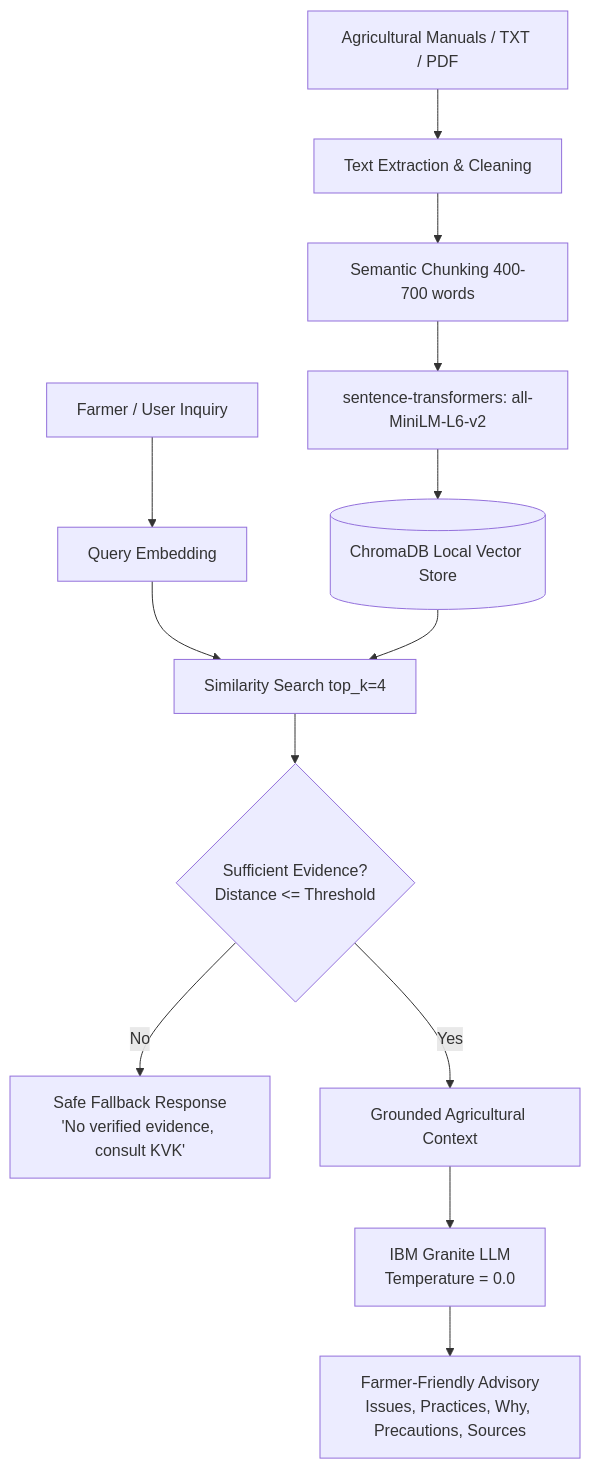
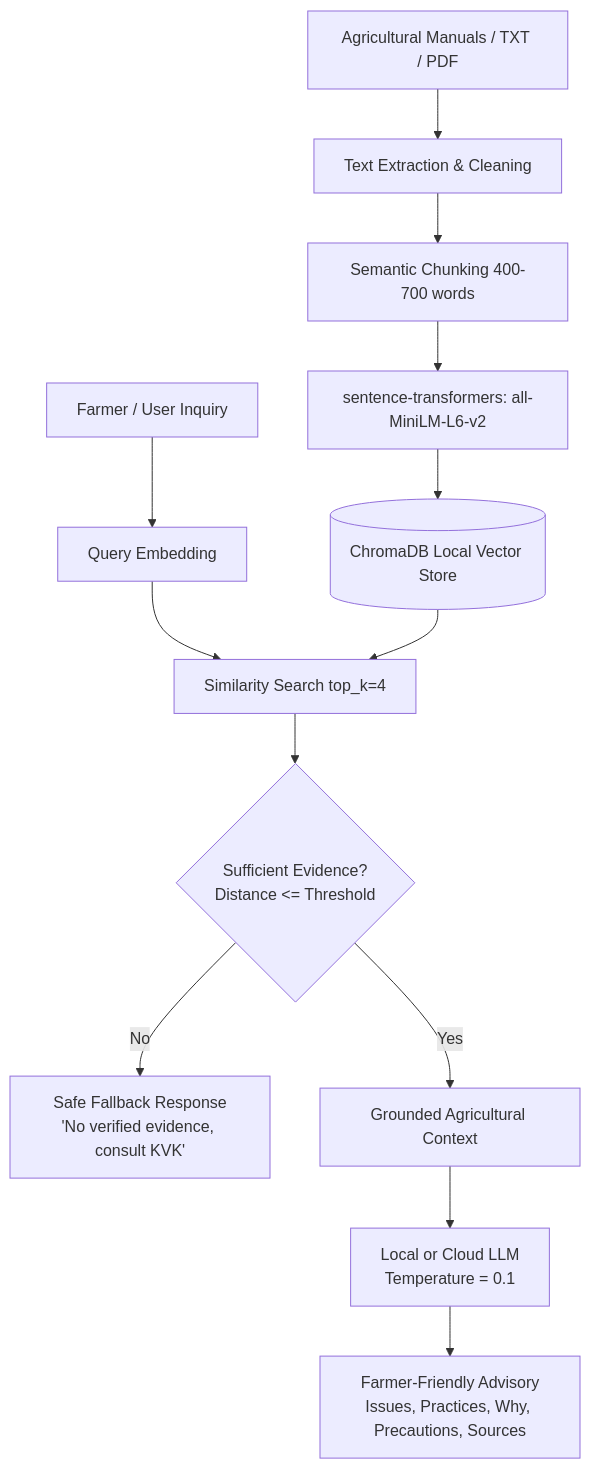
Before and after one commit to Keval2609/BioShield: the diagram in README.md, drawn with Mermaid. The commit also changed other lines of this file and 12 other files, not shown here.

````diff
--- a/README.md
+++ b/README.md
@@ -45,17 +45,17 @@
 ```mermaid
 flowchart TD
     Doc[Agricultural Manuals / TXT / PDF] --> Ext[Text Extraction & Cleaning]
     Ext --> Chunk[Semantic Chunking 400-700 words]
     Chunk --> Emb[sentence-transformers: all-MiniLM-L6-v2]
     Emb --> VDB[(ChromaDB Local Vector Store)]
 
     User[Farmer / User Inquiry] --> QEmb[Query Embedding]
     QEmb --> Ret[Similarity Search top_k=4]
     VDB --> Ret
 
     Ret --> Gate{Sufficient Evidence?\nDistance <= Threshold}
     Gate -- No --> Fallback[Safe Fallback Response\n'No verified evidence, consult KVK']
     Gate -- Yes --> Context[Grounded Agricultural Context]
-    Context --> Granite[IBM Granite LLM\nTemperature = 0.0]
-    Granite --> Advisory[Farmer-Friendly Advisory\nIssues, Practices, Why, Precautions, Sources]
+    Context --> LLM[Local or Cloud LLM\nTemperature = 0.1]
+    LLM --> Advisory[Farmer-Friendly Advisory\nIssues, Practices, Why, Precautions, Sources]
 ```
````
